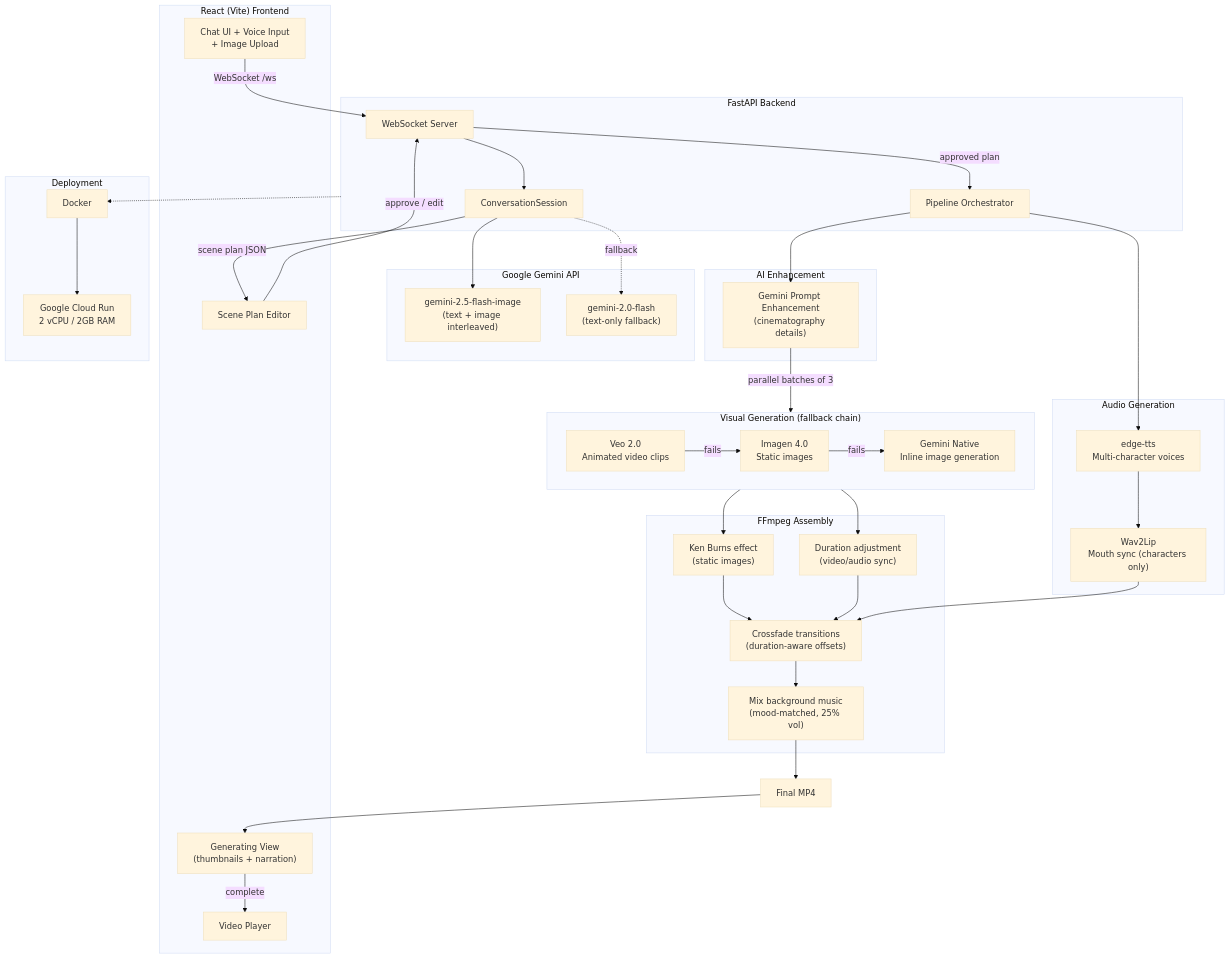
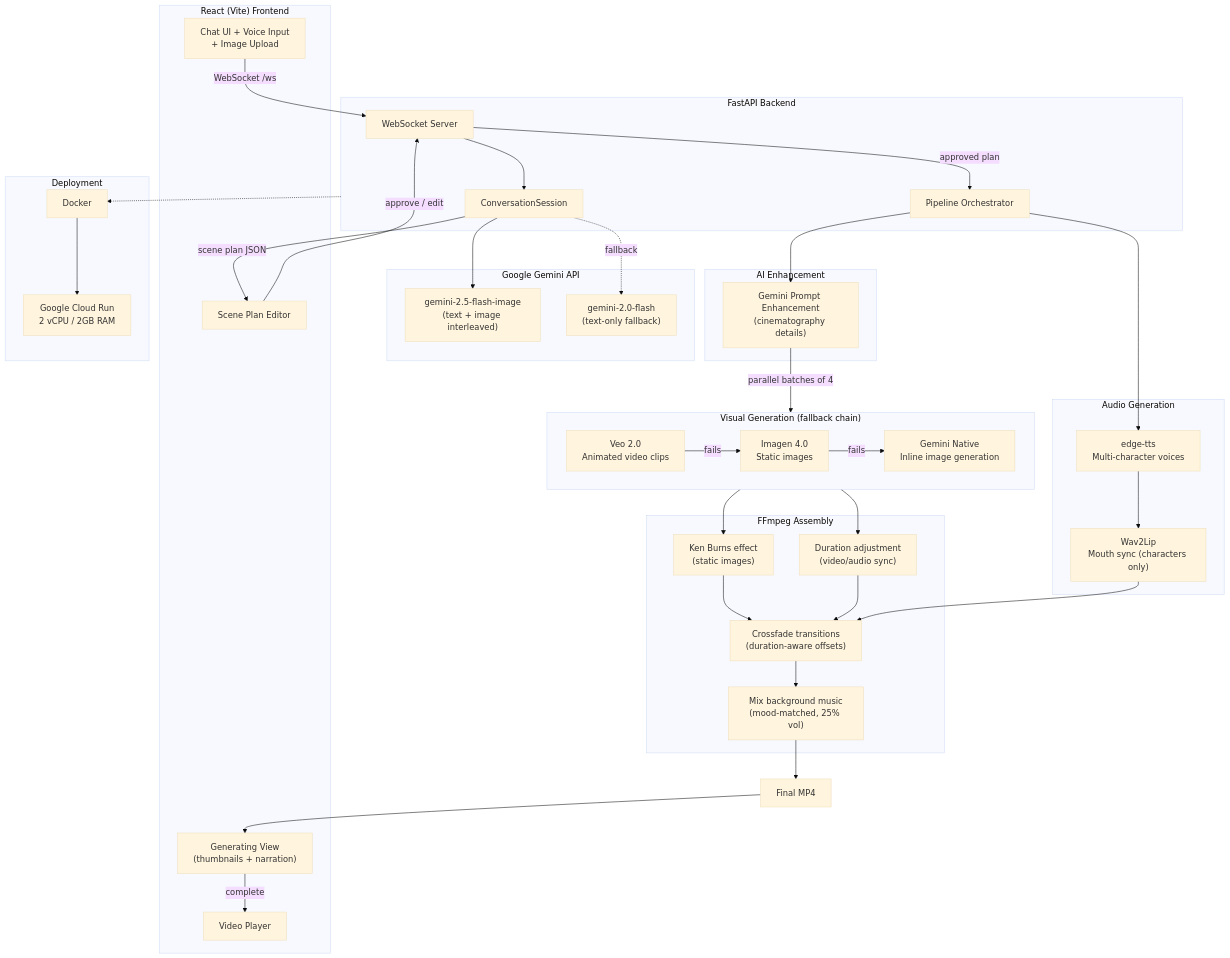
Before and after one commit to LakshmiSravyaVedantham/cutto: the diagram in README.md, drawn with Mermaid (base theme). The commit also changed other lines of this file and 2 other files, not shown here.

````diff
--- a/README.md
+++ b/README.md
@@ -27,72 +27,72 @@
 ```mermaid
 flowchart TB
     subgraph Frontend["React (Vite) Frontend"]
         UI["Chat UI + Voice Input\n+ Image Upload"]
         Editor[Scene Plan Editor]
         GenView["Generating View\n(thumbnails + narration)"]
         Player[Video Player]
     end
 
     subgraph Backend["FastAPI Backend"]
         WS[WebSocket Server]
         Agent[ConversationSession]
         Pipeline[Pipeline Orchestrator]
     end
 
     subgraph Gemini["Google Gemini API"]
         GemImg["gemini-2.5-flash-image\n(text + image interleaved)"]
         GemTxt["gemini-2.0-flash\n(text-only fallback)"]
     end
 
     subgraph VisualGen["Visual Generation (fallback chain)"]
         Veo["Veo 2.0\nAnimated video clips"]
         Imagen["Imagen 4.0\nStatic images"]
         GemNative["Gemini Native\nInline image generation"]
         Veo -->|fails| Imagen
         Imagen -->|fails| GemNative
     end
 
     subgraph AudioGen["Audio Generation"]
         TTS["edge-tts\nMulti-character voices"]
         Lipsync["Wav2Lip\nMouth sync (characters only)"]
     end
 
     subgraph Enhancement["AI Enhancement"]
         Enhance["Gemini Prompt Enhancement\n(cinematography details)"]
     end
 
     subgraph Assembly["FFmpeg Assembly"]
         KB["Ken Burns effect\n(static images)"]
         DurAdj["Duration adjustment\n(video/audio sync)"]
         XFade["Crossfade transitions\n(duration-aware offsets)"]
         Music["Mix background music\n(mood-matched, 25% vol)"]
     end
 
     UI -- "WebSocket /ws" --> WS
     WS --> Agent
     Agent --> GemImg
     Agent -.->|fallback| GemTxt
     Agent -->|scene plan JSON| Editor
     Editor -->|approve / edit| WS
 
     WS -->|approved plan| Pipeline
     Pipeline --> Enhance
-    Enhance -->|"parallel batches of 3"| VisualGen
+    Enhance -->|"parallel batches of 4"| VisualGen
     Pipeline --> TTS
     TTS --> Lipsync
     VisualGen --> KB
     VisualGen --> DurAdj
     KB --> XFade
     DurAdj --> XFade
     Lipsync --> XFade
     XFade --> Music
     Music --> MP4["Final MP4"]
     MP4 --> GenView
     GenView -->|complete| Player
 
     subgraph Deploy["Deployment"]
         Docker --> CloudRun["Google Cloud Run\n2 vCPU / 2GB RAM"]
     end
 
     Backend -.-> Docker
 ```
````
